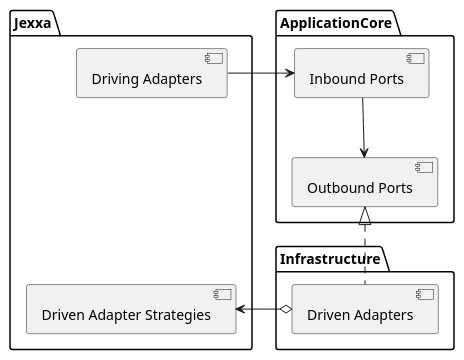
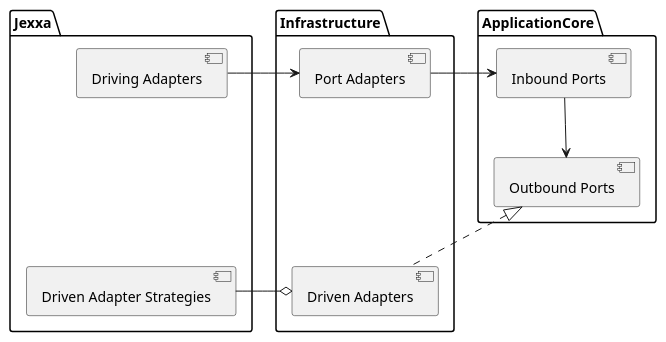
One commit to jexxa-projects/Jexxa changed the diagram in doc/jexxa.adoc. Above: the diagram before and after it, drawn with PlantUML. The commit also changed other lines of this file, not shown here.

```diff
--- a/doc/jexxa.adoc
+++ b/doc/jexxa.adoc
@@ -121,31 +129,33 @@
-[plantuml, diagram-classes, svg, align=center]
+[plantuml, diagram-components, svg, align=center]
 ....
 
 package Jexxa {
 [Driving Adapters]
 [Driven Adapter Strategies]
 }
 
 package ApplicationCore {
 [Inbound Ports]
 [Outbound Ports]
 }
 
 
 package Infrastructure {
+[Port Adapters]
 [Driven Adapters]
 }
 
-package Jexxa  {
-}
 
-[Driving Adapters] -right--> [Inbound Ports]
+
+[Driving Adapters] -right--> [Port Adapters]
+[Port Adapters] -right--> [Inbound Ports]
 [Inbound Ports] -down-> [Outbound Ports]
 [Outbound Ports] <|.. [Driven Adapters]
-[Driven Adapters] o--> [Driven Adapter Strategies]
+[Driven Adapters] o-left-[Driven Adapter Strategies]
 
 
 [Driving Adapters] -[hidden]-- [Driven Adapter Strategies]
+[Port Adapters] -[hidden]-- [Driven Adapters]
 
 
 ....
```
